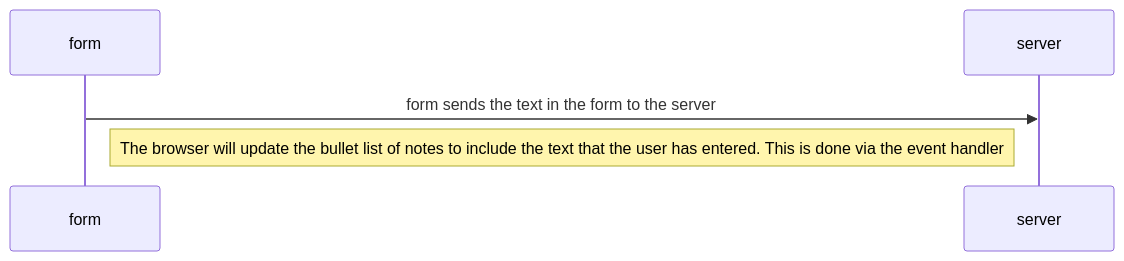
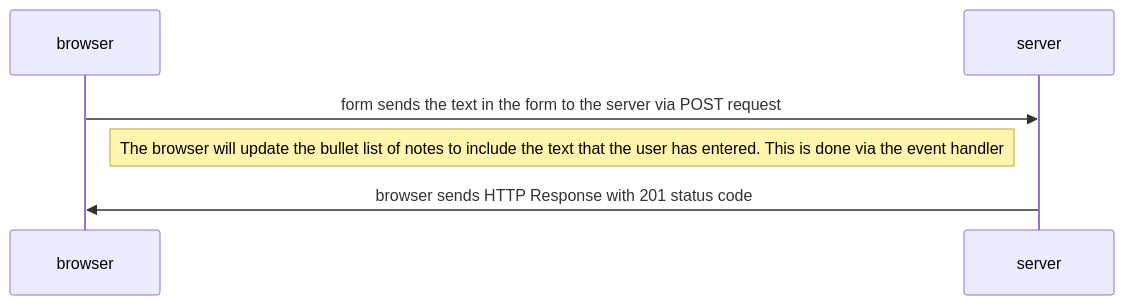
Before and after one commit to RaymondArthur/HelsinkiFullStackOpen2023: the diagram in part0ex4.md, drawn with Mermaid.

````diff
--- a/part0ex4.md
+++ b/part0ex4.md
@@ -1,9 +1,11 @@
 ```mermaid
 sequenceDiagram
-  participant form
+  participant browser
   participant server
 
   
-  form->>server: form sends the text in the form to the server
-  Note right of form: The browser will update the bullet list of notes to include the text that the user has entered. This is done via the event handler
+  browser->>server: form sends the text in the form to the server via POST request
+  Note right of browser: The browser will update the bullet list of notes to include the text that the user has entered. This is done via the event handler
+
+  server->>browser: browser sends HTTP Response with 201 status code
 ```
````
